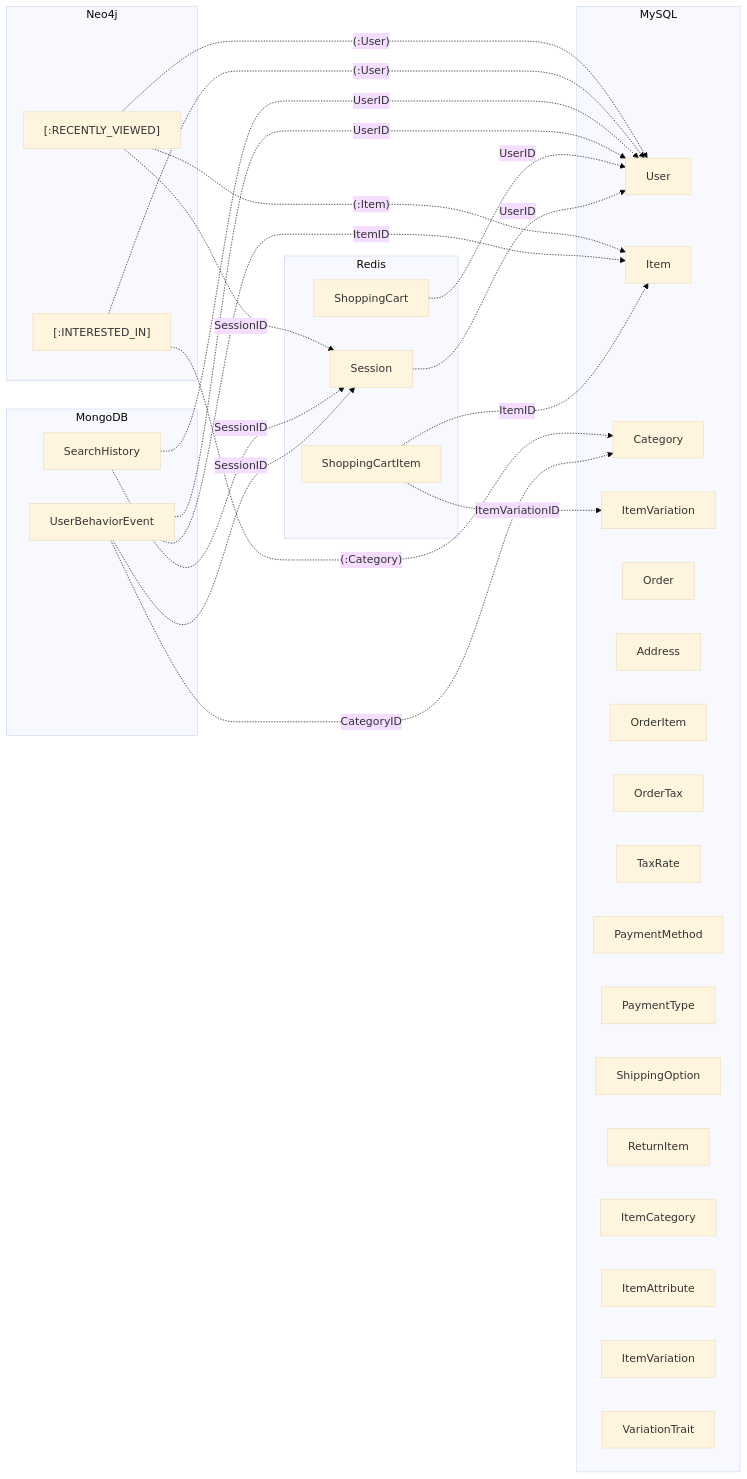
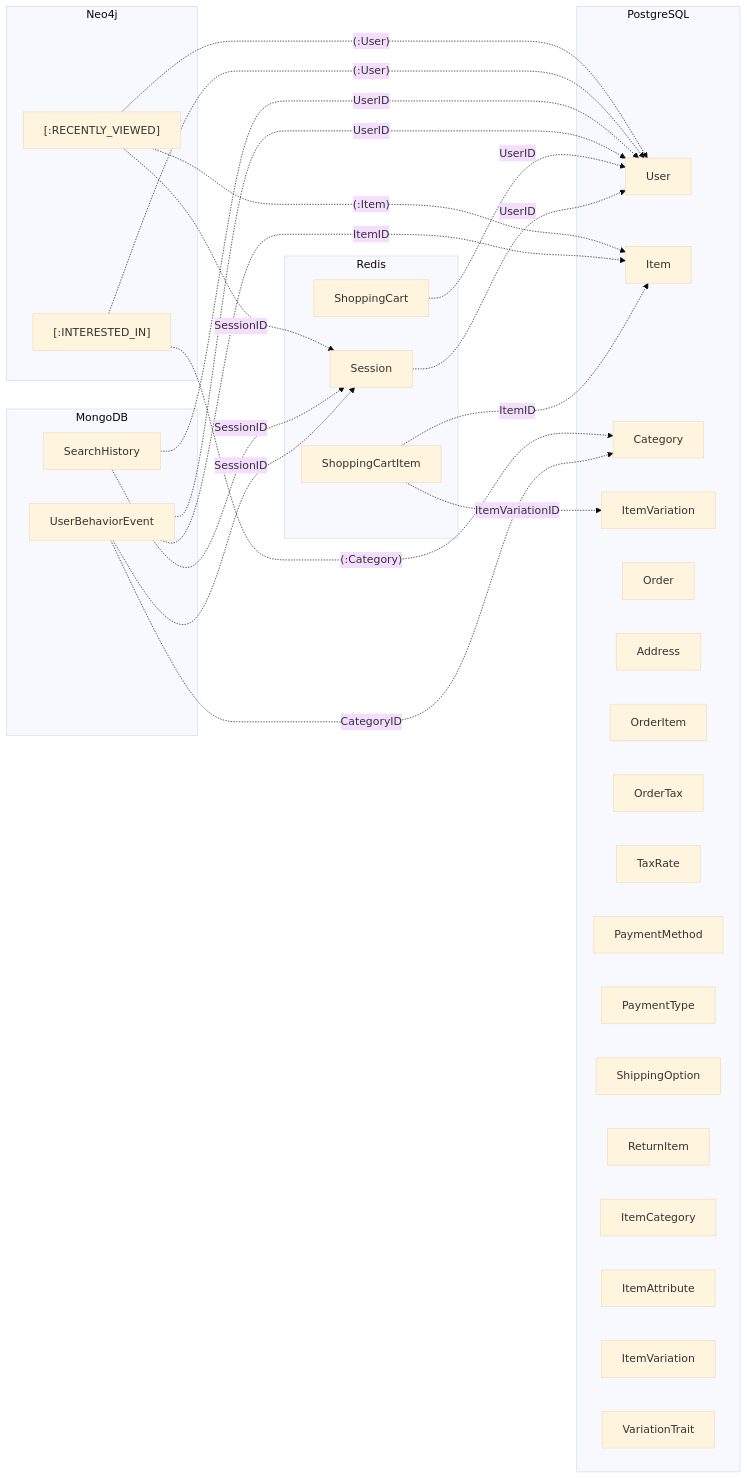
Before and after one commit to BobaFettyW4p/DatabasesFinalProject: the second of 2 diagrams in Diagrams/comprehensive_erd.md, drawn with Mermaid (base theme). The commit also changed other lines of this file and 12 other files, not shown here.

````diff
--- a/Diagrams/comprehensive_erd.md
+++ b/Diagrams/comprehensive_erd.md
@@ -363,59 +363,59 @@
 ```mermaid
     flowchart LR
-    subgraph MYSQL["MySQL"]
+    subgraph PostgreSQL["PostgreSQL"]
         M_User["User"]
         M_Item["Item"]
         M_Category["Category"]
         M_ItemVariation["ItemVariation"]
         M_Order["Order"]
         M_Address["Address"]
         M_OrderItem["OrderItem"]
         M_OrderTax["OrderTax"]
         M_TaxRate["TaxRate"]
         M_PaymentMethod["PaymentMethod"]
         M_PaymentType["PaymentType"]
         M_ShippingOption["ShippingOption"]
         M_ReturnItem["ReturnItem"]
         M_ItemCategory["ItemCategory"]
         M_ItemAttribute["ItemAttribute"]
         M_ItemVariation2["ItemVariation"]
         M_VariationTrait["VariationTrait"]
     end
 
     subgraph MONGODB["MongoDB"]
         MG_Behavior["UserBehaviorEvent"]
         MG_Search["SearchHistory"]
     end
 
     subgraph REDIS["Redis"]
         R_Session["Session"]
         R_Cart["ShoppingCart"]
         R_CartItem["ShoppingCartItem"]
     end
 
     subgraph NEO4J["Neo4j"]
         N_Interest["[:INTERESTED_IN]"]
         N_Viewed["[:RECENTLY_VIEWED]"]
     end
 
-    %% Redis → MySQL
+    %% Redis → PostgreSQL
     R_Session -. "UserID" .-> M_User
     R_Cart -. "UserID" .-> M_User
     R_CartItem -. "ItemID" .-> M_Item
     R_CartItem -. "ItemVariationID" .-> M_ItemVariation
 
-    %% MongoDB → MySQL & Redis
+    %% MongoDB → PostgreSQL & Redis
     MG_Behavior -. "UserID" .-> M_User
     MG_Behavior -. "ItemID" .-> M_Item
     MG_Behavior -. "CategoryID" .-> M_Category
     MG_Behavior -. "SessionID" .-> R_Session
     MG_Search -. "UserID" .-> M_User
     MG_Search -. "SessionID" .-> R_Session
 
-    %% Neo4j → MySQL & Redis
+    %% Neo4j → PostgreSQL & Redis
     N_Interest -. "(:User)" .-> M_User
     N_Interest -. "(:Category)" .-> M_Category
     N_Viewed -. "(:User)" .-> M_User
     N_Viewed -. "(:Item)" .-> M_Item
     N_Viewed -. "SessionID" .-> R_Session
 ```
````
